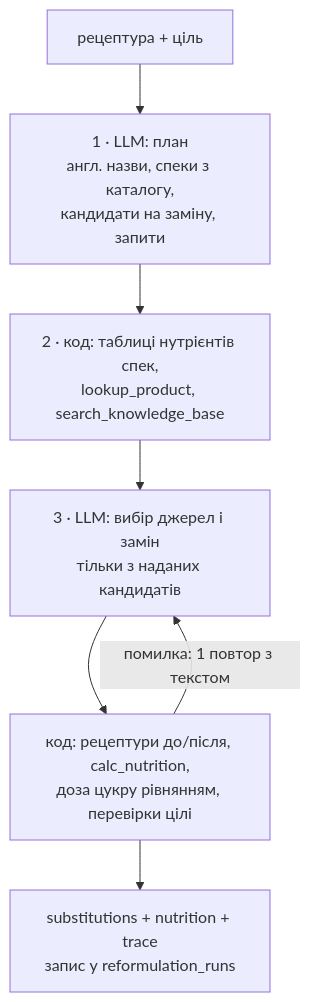
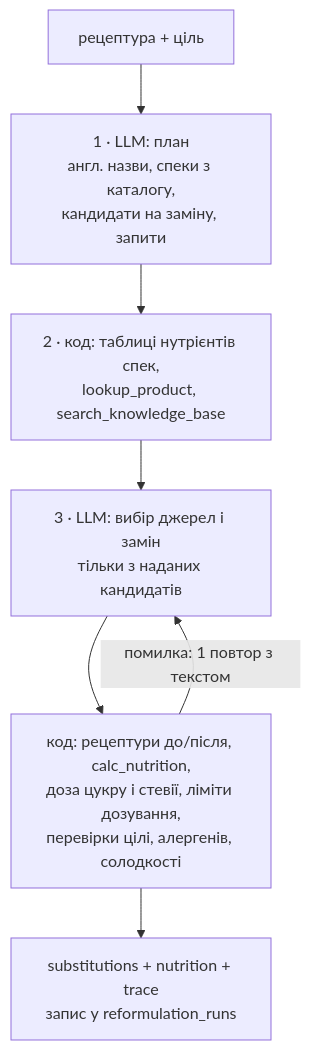
One commit to zarovnyi22/pet changed the second of 2 diagrams in README.md. Above: the diagram before and after it, drawn with Mermaid. The commit also changed other lines of this file and 1 other file, not shown here.

````diff
--- a/README.md
+++ b/README.md
@@ -40,9 +40,9 @@
 ```mermaid
 flowchart TD
     Q[рецептура + ціль] --> S1["1 · LLM: план<br/>англ. назви, спеки з каталогу,<br/>кандидати на заміну, запити"]
     S1 --> S2["2 · код: таблиці нутрієнтів спек,<br/>lookup_product, search_knowledge_base"]
     S2 --> S3["3 · LLM: вибір джерел і замін<br/>тільки з наданих кандидатів"]
-    S3 --> S4["код: рецептури до/після, calc_nutrition,<br/>доза цукру рівнянням, перевірки цілі"]
+    S3 --> S4["код: рецептури до/після, calc_nutrition,<br/>доза цукру і стевії, ліміти дозування,<br/>перевірки цілі, алергенів, солодкості"]
     S4 -->|помилка: 1 повтор з текстом| S3
     S4 --> OUT[substitutions + nutrition + trace<br/>запис у reformulation_runs]
 ```
````
